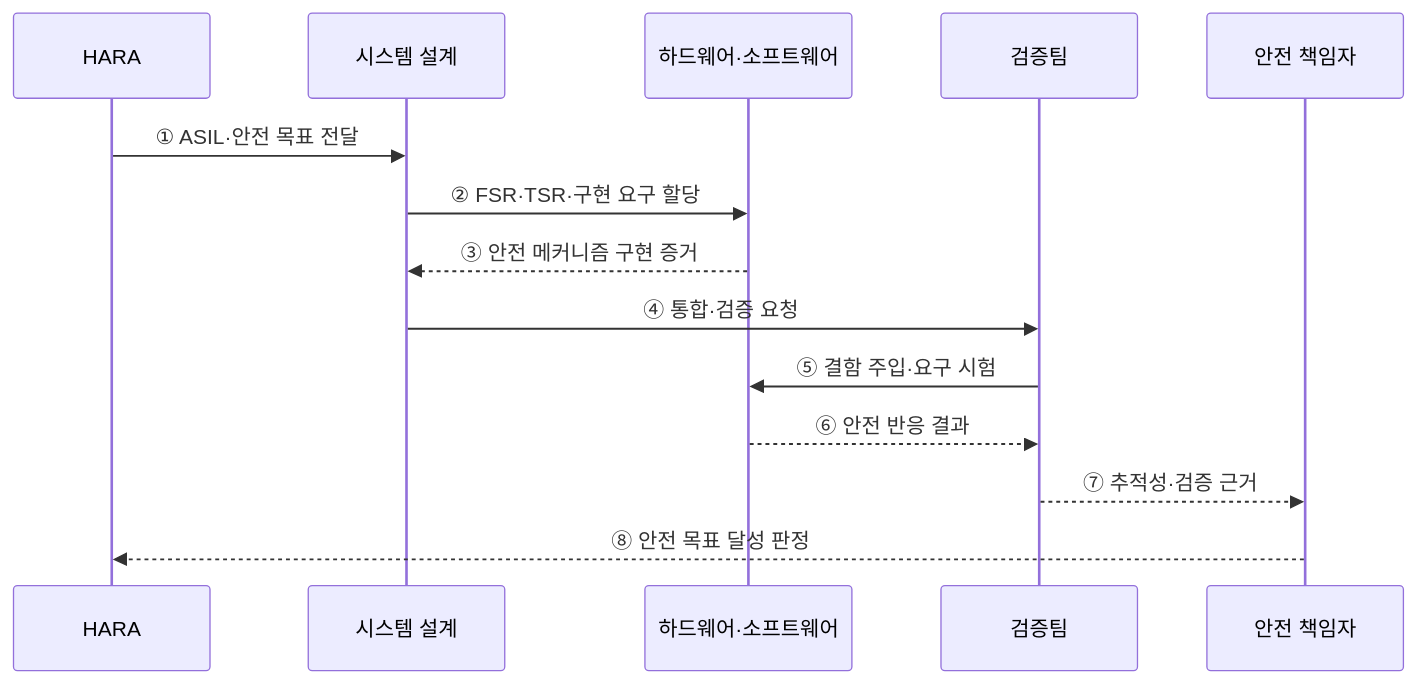
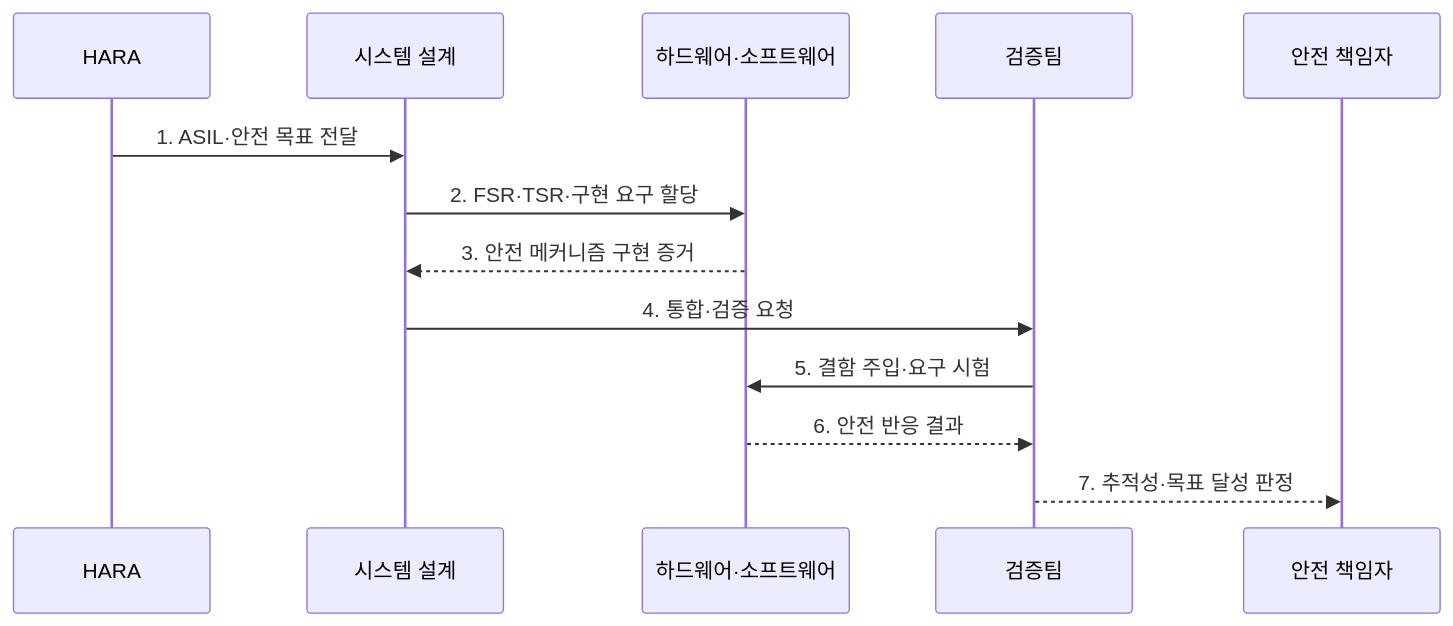
Before and after one commit to agnusdei1207/knowledge-base: the second of 2 diagrams in src/content/docs/notes/03-software/078_functional_safety_iso_26262_asil.md, drawn with Mermaid. The commit also changed other lines of this file and 20 other files, not shown here.

````diff
--- a/src/content/docs/notes/03-software/078_functional_safety_iso_26262_asil.md
+++ b/src/content/docs/notes/03-software/078_functional_safety_iso_26262_asil.md
@@ -76,16 +87,15 @@
 ```mermaid
 sequenceDiagram
     participant H as HARA
     participant A as 시스템 설계
     participant W as 하드웨어·소프트웨어
     participant V as 검증팀
     participant S as 안전 책임자
-    H->>A: ① ASIL·안전 목표 전달
-    A->>W: ② FSR·TSR·구현 요구 할당
-    W-->>A: ③ 안전 메커니즘 구현 증거
-    A->>V: ④ 통합·검증 요청
-    V->>W: ⑤ 결함 주입·요구 시험
-    W-->>V: ⑥ 안전 반응 결과
-    V-->>S: ⑦ 추적성·검증 근거
-    S-->>H: ⑧ 안전 목표 달성 판정
+    H->>A: 1. ASIL·안전 목표 전달
+    A->>W: 2. FSR·TSR·구현 요구 할당
+    W-->>A: 3. 안전 메커니즘 구현 증거
+    A->>V: 4. 통합·검증 요청
+    V->>W: 5. 결함 주입·요구 시험
+    W-->>V: 6. 안전 반응 결과
+    V-->>S: 7. 추적성·목표 달성 판정
 ```
````
